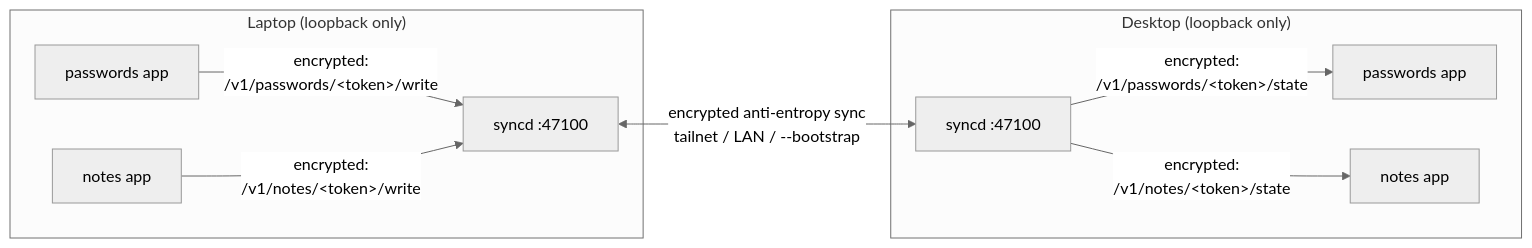
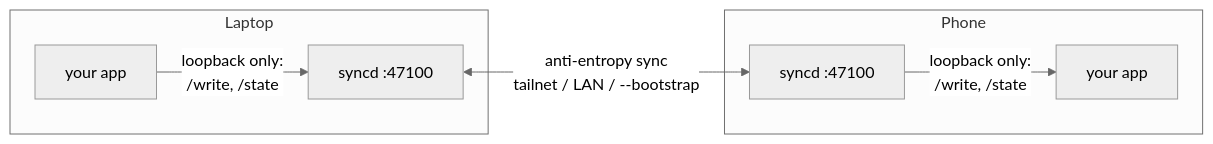
Before and after one commit to antoniopicone/serverless-sync: the diagram in README.md, drawn with Mermaid (neutral theme). The commit also changed other lines of this file and 26 other files, not shown here.

````diff
--- a/README.md
+++ b/README.md
@@ -9,15 +19,12 @@
 ```mermaid
 flowchart LR
-    subgraph Laptop["Laptop (loopback only)"]
-        LP["passwords app"] -->|"encrypted:<br/>/v1/passwords/&lt;token&gt;/write"| LSD["syncd :47100"]
-        LN["notes app"] -->|"encrypted:<br/>/v1/notes/&lt;token&gt;/write"| LSD
+    subgraph Laptop
+        CA["your app"] -->|"loopback only:<br/>/write, /state"| SA["syncd :47100"]
     end
-    subgraph Desktop["Desktop (loopback only)"]
-        DSD["syncd :47100"]
-        DP["passwords app"]
-        DN["notes app"]
-        DSD -->|"encrypted:<br/>/v1/passwords/&lt;token&gt;/state"| DP
-        DSD -->|"encrypted:<br/>/v1/notes/&lt;token&gt;/state"| DN
+    subgraph Phone
+        SB["syncd :47100"]
+        CB["your app"]
+        SB -->|"loopback only:<br/>/write, /state"| CB
     end
-    LSD <-->|"encrypted anti-entropy sync<br/>tailnet / LAN / --bootstrap"| DSD
+    SA <-->|"anti-entropy sync<br/>tailnet / LAN / --bootstrap"| SB
 ```
````
